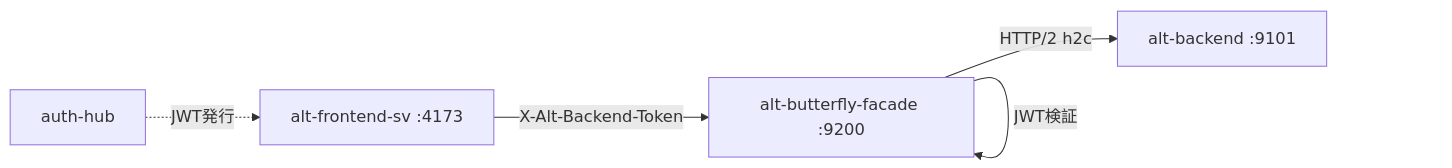
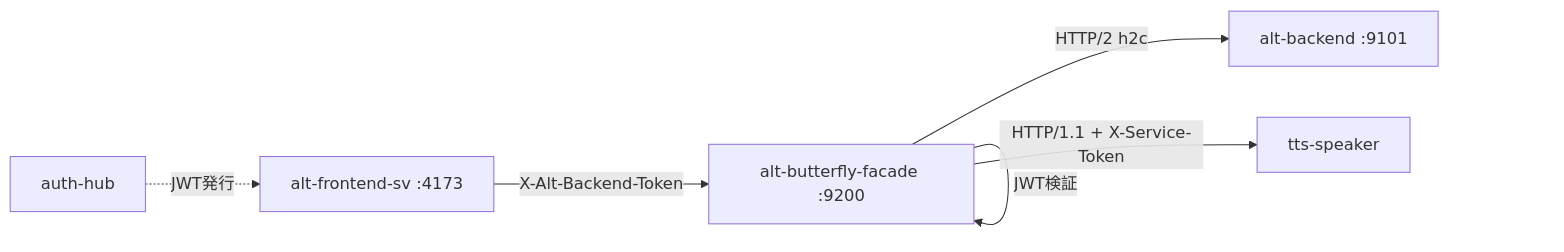
Before and after one commit to Kaikei-e/Alt: the diagram in docs/services/alt-butterfly-facade.md, drawn with Mermaid. The commit also changed other lines of this file and 29 other files, not shown here.

````diff
--- a/docs/services/alt-butterfly-facade.md
+++ b/docs/services/alt-butterfly-facade.md
@@ -23,12 +31,14 @@
 ```mermaid
 flowchart LR
     FE[alt-frontend-sv :4173]
     BFF[alt-butterfly-facade :9200]
     BE[alt-backend :9101]
+    TTS[tts-speaker]
     AH[auth-hub]
 
     FE -->|"X-Alt-Backend-Token"| BFF
     BFF -->|"JWT検証"| BFF
     BFF -->|"HTTP/2 h2c"| BE
+    BFF -->|"HTTP/1.1 + X-Service-Token"| TTS
     AH -.->|"JWT発行"| FE
 ```
````
